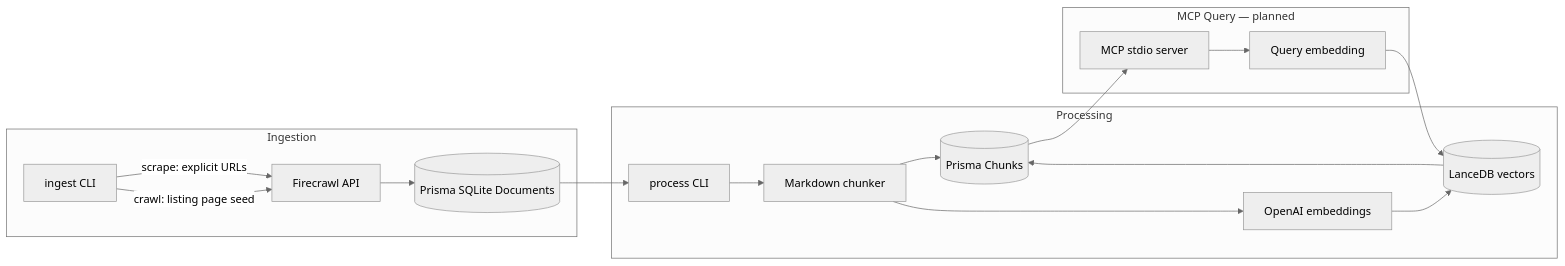
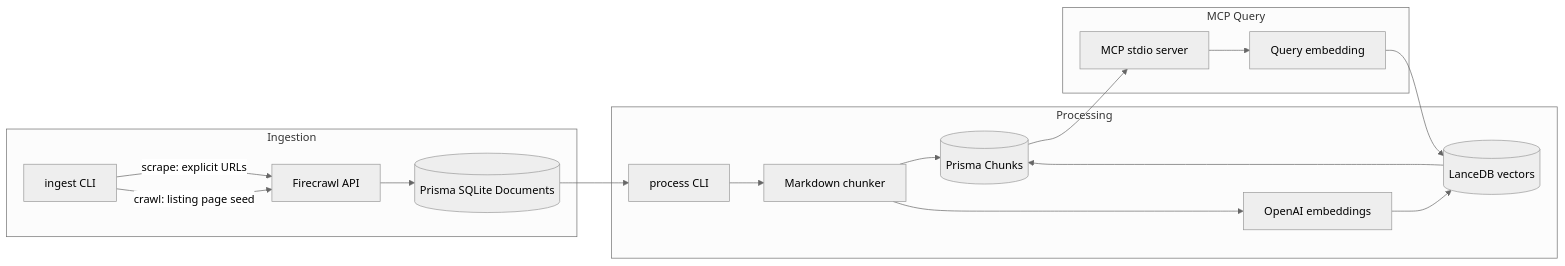
The diagram in README.md (AdityaGoyal1999/Agentic-Knowledge-Engine), drawn with Mermaid (neutral theme) before and after one commit. The commit also changed other lines of this file and 5 other files, not shown here.

````diff
--- a/README.md
+++ b/README.md
@@ -65,29 +67,29 @@
 ```mermaid
 flowchart LR
   subgraph ingest [Ingestion]
     CLI[ingest CLI]
     FC[Firecrawl API]
     CLI -->|"scrape: explicit URLs"| FC
     CLI -->|"crawl: listing page seed"| FC
     FC --> DocTable[(Prisma SQLite Documents)]
   end
 
   subgraph process [Processing]
     ProcCLI[process CLI]
     Chunker[Markdown chunker]
     Embed[OpenAI embeddings]
     ChunkTable[(Prisma Chunks)]
     Vectors[(LanceDB vectors)]
     DocTable --> ProcCLI
     ProcCLI --> Chunker --> ChunkTable
     Chunker --> Embed --> Vectors
   end
 
-  subgraph query [MCP Query — planned]
+  subgraph query [MCP Query]
     MCP[MCP stdio server]
     QueryEmbed[Query embedding]
     MCP --> QueryEmbed --> Vectors
     Vectors --> ChunkTable
     ChunkTable --> MCP
   end
 ```
````
